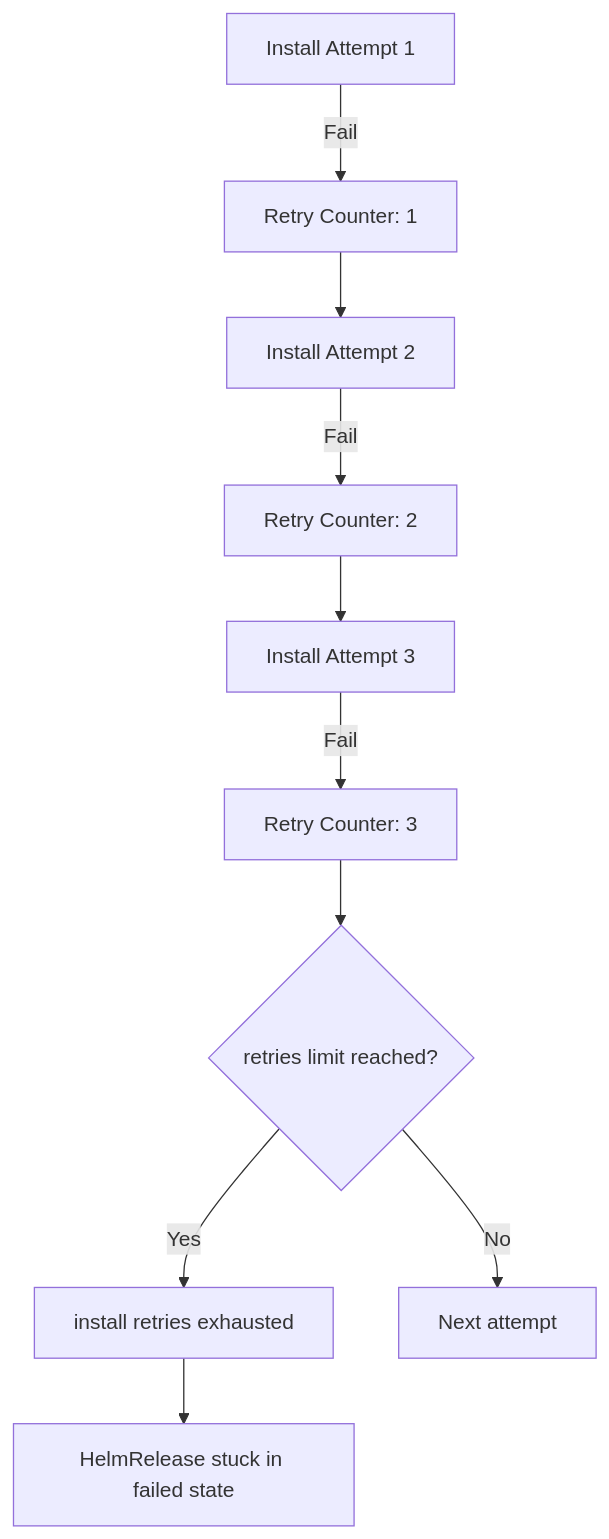
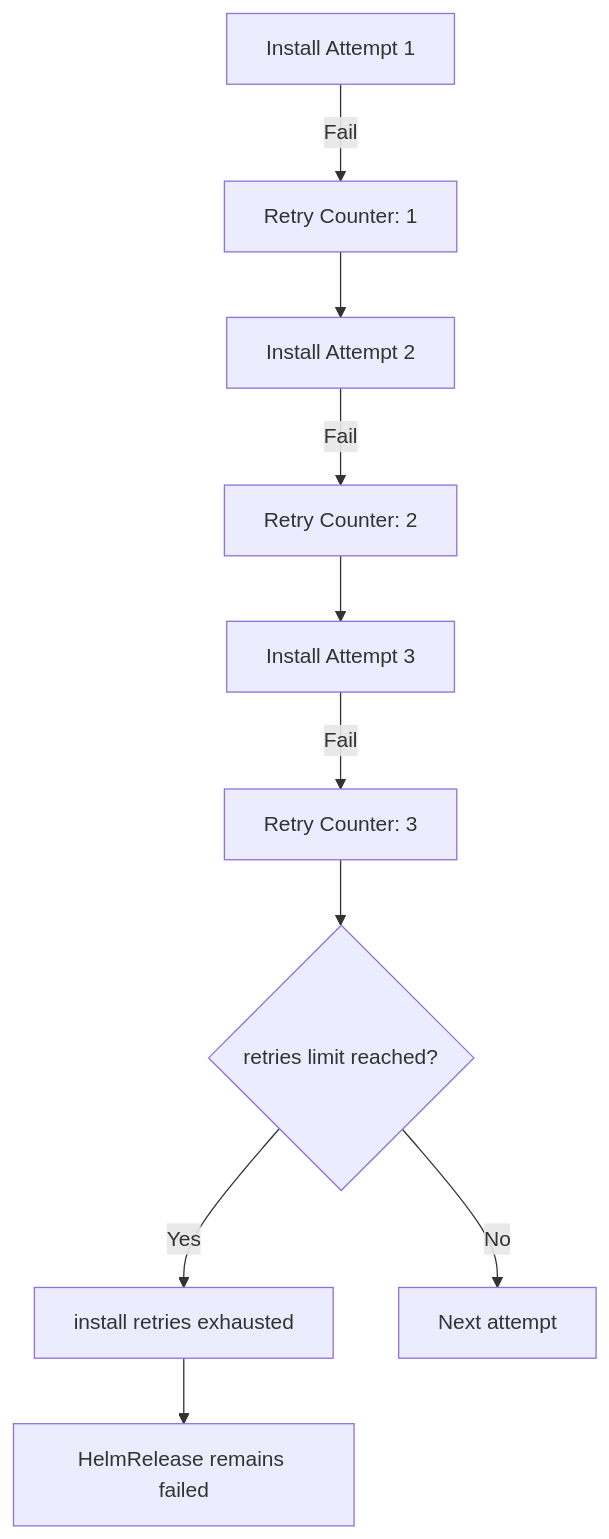
The diagram in posts/2026-03-05-debug-helmrelease-install-retries-exhausted-flux/README.md (OneUptime/blog), drawn with Mermaid before and after one commit. The commit also changed other lines of this file and 2 other files, not shown here.

````diff
--- a/posts/2026-03-05-debug-helmrelease-install-retries-exhausted-flux/README.md
+++ b/posts/2026-03-05-debug-helmrelease-install-retries-exhausted-flux/README.md
@@ -24,12 +24,12 @@
 ```mermaid
 graph TD
     A[Install Attempt 1] -->|Fail| B[Retry Counter: 1]
     B --> C[Install Attempt 2]
     C -->|Fail| D[Retry Counter: 2]
     D --> E[Install Attempt 3]
     E -->|Fail| F[Retry Counter: 3]
     F --> G{retries limit reached?}
     G -->|Yes| H[install retries exhausted]
     G -->|No| I[Next attempt]
-    H --> J[HelmRelease stuck in failed state]
+    H --> J[HelmRelease remains failed]
 ```
````
